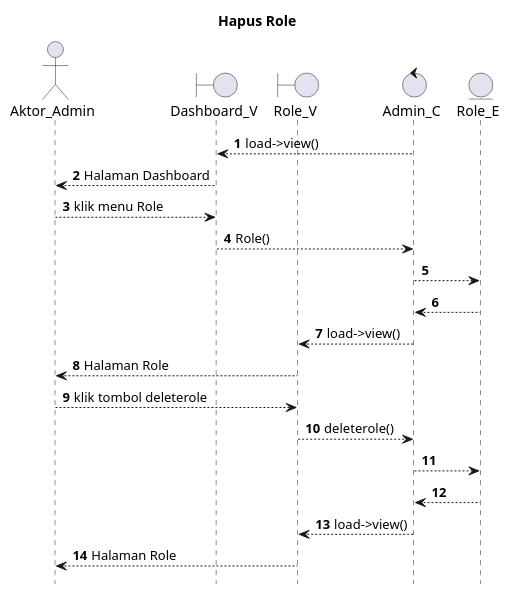
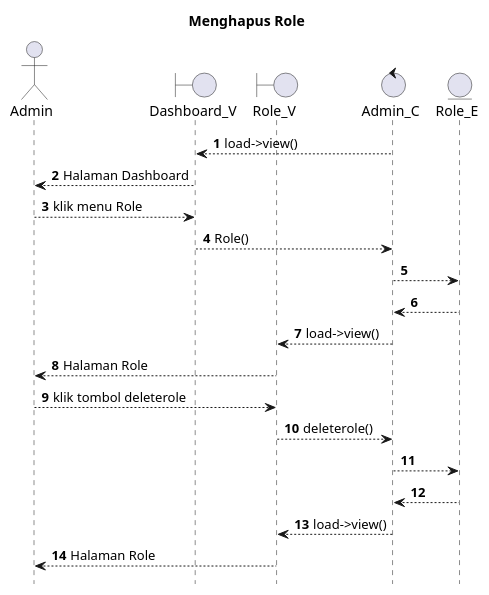
One commit to kurniado729/sistem_kp changed the diagram in SELAIN SISTEM/UML/SEQUENCE/admin/deleterole.puml. Above: the diagram before and after it, drawn with PlantUML. The commit also changed 31 other files, not shown here.

Commit message:
masukkan sequence di laporan

```diff
--- a/SELAIN SISTEM/UML/SEQUENCE/admin/deleterole.puml
+++ b/SELAIN SISTEM/UML/SEQUENCE/admin/deleterole.puml
@@ -1,31 +1,31 @@
 @startuml
 
 autonumber
 hide footbox
-title Hapus Role
+title Menghapus Role
 
-Actor Aktor_Admin
+Actor Admin
 boundary Dashboard_V
 boundary Role_V
 control Admin_C
 Entity Role_E
 
 Admin_C --> Dashboard_V: load->view()
-Dashboard_V --> Aktor_Admin: Halaman Dashboard
-Aktor_Admin --> Dashboard_V: klik menu Role
+Dashboard_V --> Admin: Halaman Dashboard
+Admin --> Dashboard_V: klik menu Role
 Dashboard_V --> Admin_C: Role()
 Admin_C --> Role_E:
     
     Role_E --> Admin_C:
     Admin_C --> Role_V: load->view()
-    Role_V --> Aktor_Admin: Halaman Role
+    Role_V --> Admin: Halaman Role
 
-Aktor_Admin --> Role_V: klik tombol deleterole
+Admin --> Role_V: klik tombol deleterole
 Role_V --> Admin_C: deleterole()
 Admin_C --> Role_E:
   
     Role_E --> Admin_C:
     Admin_C --> Role_V: load->view()
-    Role_V --> Aktor_Admin: Halaman Role
+    Role_V --> Admin: Halaman Role
 
 @enduml
```
